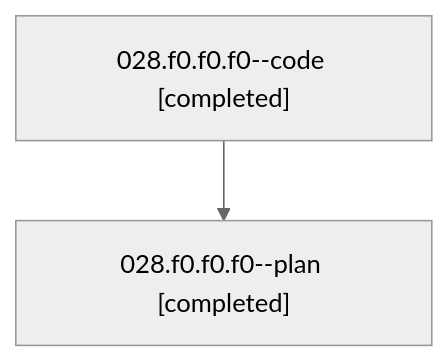
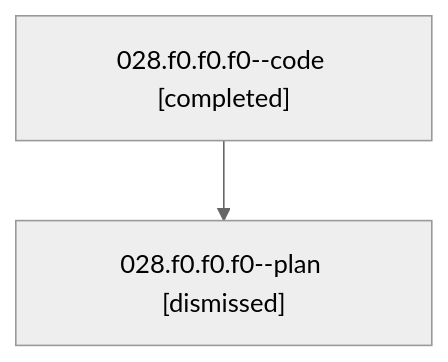
Before and after one commit to sase-org/sase--agents: the diagram in families/bbugyi200.athena.028.f0.f0.f0.md, drawn with Mermaid (neutral theme). The commit also changed other lines of this file and 120 other files, not shown here.

````diff
--- a/families/bbugyi200.athena.028.f0.f0.f0.md
+++ b/families/bbugyi200.athena.028.f0.f0.f0.md
@@ -9,6 +9,6 @@
 ```mermaid
 flowchart TD
   n0["028.f0.f0.f0--code [completed]"]
-  n1["028.f0.f0.f0--plan [completed]"]
+  n1["028.f0.f0.f0--plan [dismissed]"]
   n0 --> n1
 ```
````
